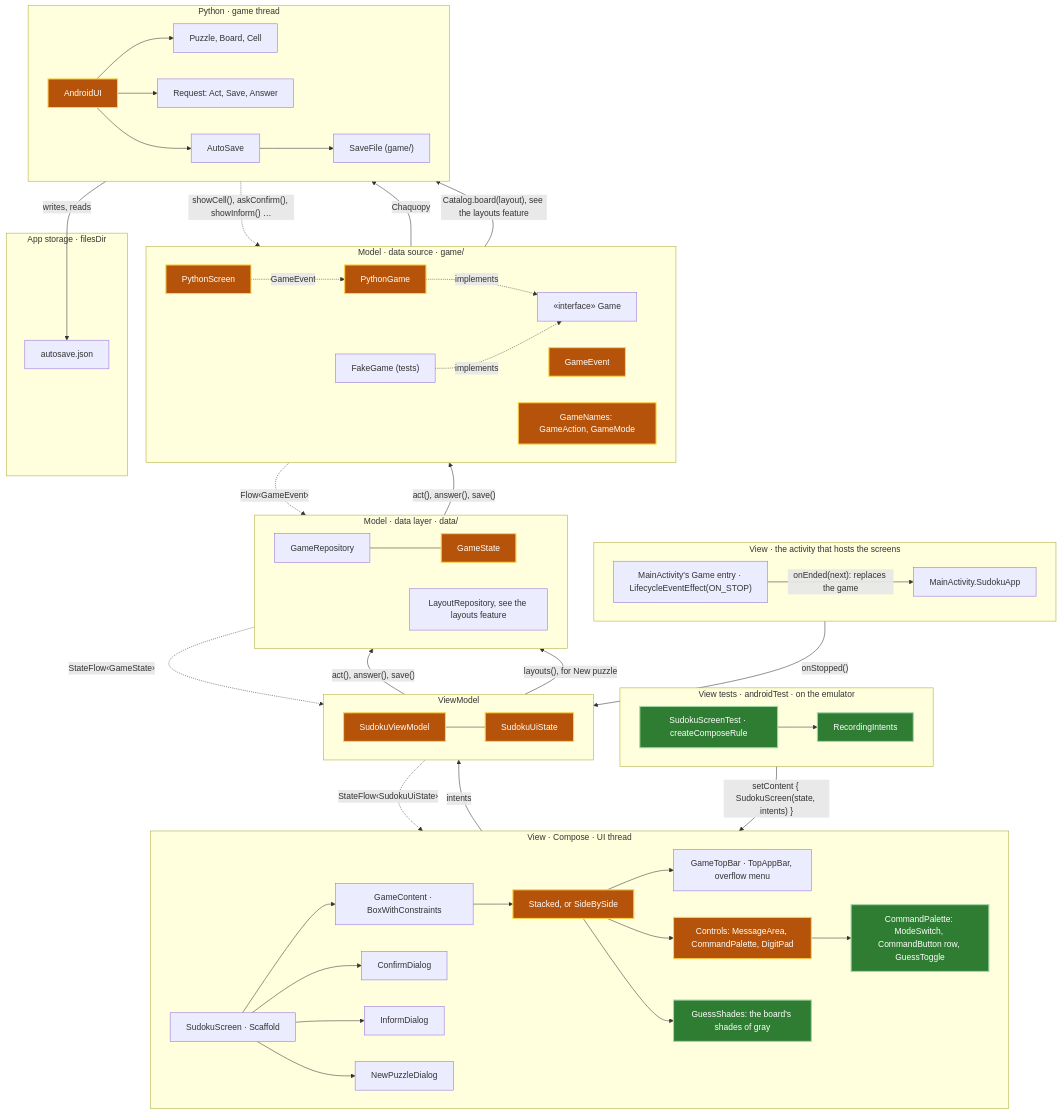
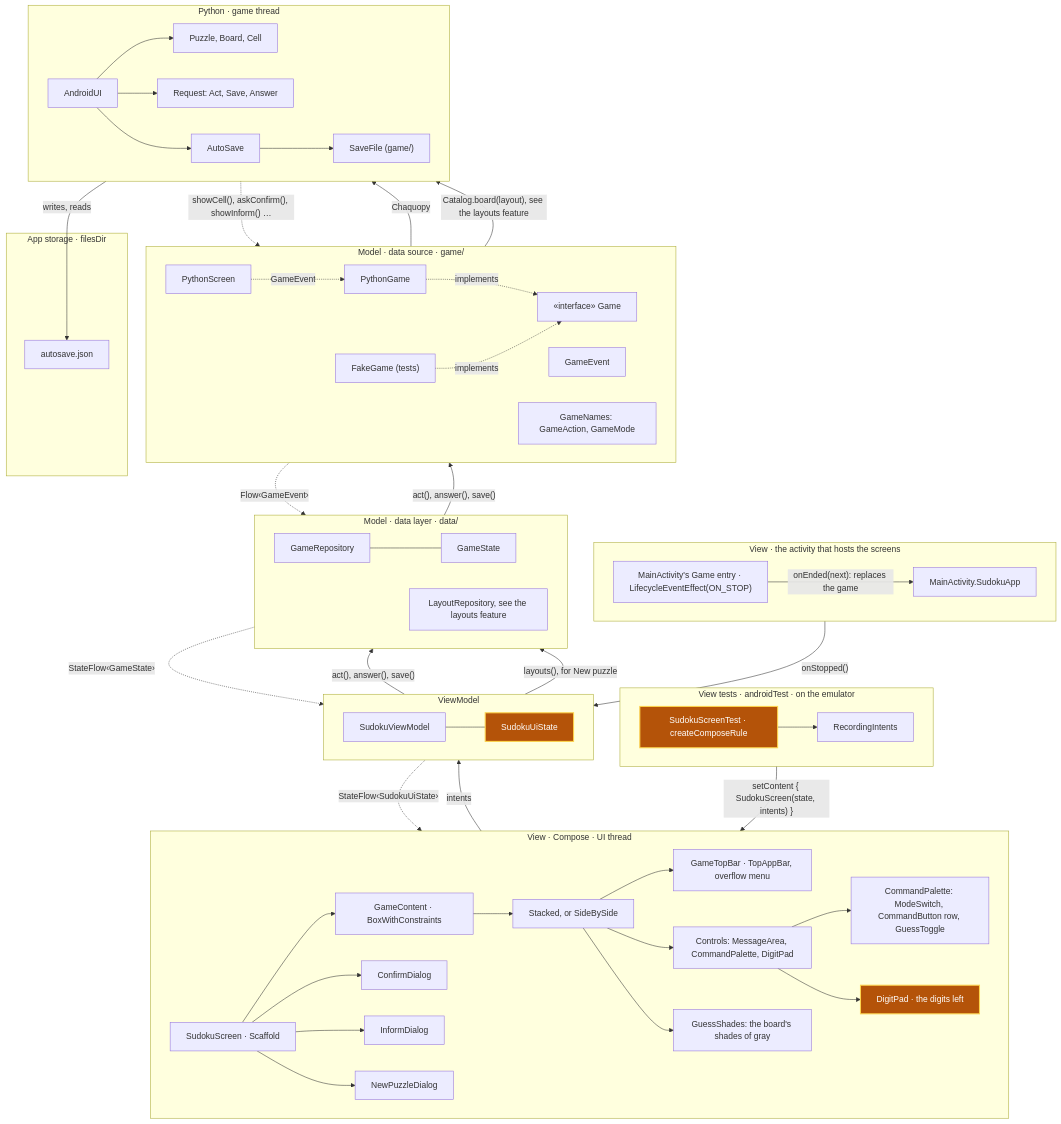
One commit to aivanov61/sudoku-solver changed the fifth of 14 diagrams in android/docs/architecture.md. Above: the diagram before and after it, drawn with Mermaid. The commit also changed other lines of this file and 5 other files, not shown here.

Commit message:
Have the digit pad show how many places each digit has left, derived in SudokuUiState from the cells the game reported, and dim a digit once none are left while keeping it pressable, as phase 9 of MVP 1.

````diff
--- a/android/docs/architecture.md
+++ b/android/docs/architecture.md
@@ -246,79 +241,79 @@
 ```mermaid
 flowchart TB
     subgraph Host["View · the activity that hosts the screens"]
         direction LR
         SudokuApp["MainActivity.SudokuApp"]
         GameEntry["MainActivity's Game entry · LifecycleEventEffect(ON_STOP)"]
     end
 
     subgraph View["View · Compose · UI thread"]
         direction LR
         SudokuScreen["SudokuScreen · Scaffold"] --> GameContent["GameContent · BoxWithConstraints"]
         GameContent --> Board["Stacked, or SideBySide"]
         Board --> GameTopBar["GameTopBar · TopAppBar, overflow menu"]
         Board --> Controls["Controls: MessageArea, CommandPalette, DigitPad"]
         Controls --> CommandPalette["CommandPalette: ModeSwitch, CommandButton row, GuessToggle"]
+        Controls --> DigitPad["DigitPad · the digits left"]
         Board --> GuessShades["GuessShades: the board's shades of gray"]
         SudokuScreen --> ConfirmDialog["ConfirmDialog"]
         SudokuScreen --> InformDialog["InformDialog"]
         SudokuScreen --> NewPuzzleDialog
     end
 
     subgraph ViewTests["View tests · androidTest · on the emulator"]
         direction LR
         SudokuScreenTest["SudokuScreenTest · createComposeRule"] --> RecordingIntents["RecordingIntents"]
     end
 
     subgraph VM["ViewModel"]
         direction LR
         SudokuViewModel --- SudokuUiState
     end
 
     subgraph DataLayer["Model · data layer · data/"]
         direction LR
         GameRepository["GameRepository"] --- GameState
         LayoutRepository["LayoutRepository, see the layouts feature"]
     end
 
     subgraph DataSource["Model · data source · game/"]
         direction LR
         PythonGame["PythonGame"] -. implements .-> Game["«interface» Game"]
         GameEvent
         FakeGame["FakeGame (tests)"] -. implements .-> Game
         PythonScreen
         GameNames["GameNames: GameAction, GameMode"]
     end
 
     subgraph Python["Python · game thread"]
         direction LR
         AndroidUI["AndroidUI"] --> Puzzle["Puzzle, Board, Cell"]
         AndroidUI --> Requests["Request: Act, Save, Answer"]
         AndroidUI --> AutoSave["AutoSave"]
         AutoSave --> SaveFile["SaveFile (game/)"]
     end
 
     subgraph Storage["App storage · filesDir"]
         AutoSaveFile["autosave.json"]
     end
 
     GameEntry -- "onStopped()" --> SudokuViewModel
     GameEntry -- "onEnded(next): replaces the game" --> SudokuApp
     SudokuScreenTest -- "setContent { SudokuScreen(state, intents) }" --> SudokuScreen
     SudokuScreen -- "intents" --> SudokuViewModel
     SudokuViewModel -. "StateFlow‹SudokuUiState›" .-> SudokuScreen
     SudokuViewModel -- "act(), answer(), save()" --> GameRepository
     SudokuViewModel -- "layouts(), for New puzzle" --> LayoutRepository
     GameRepository -. "StateFlow‹GameState›" .-> SudokuViewModel
     GameRepository -- "act(), answer(), save()" --> Game
     Game -. "Flow‹GameEvent›" .-> GameRepository
     PythonGame -- "Chaquopy" --> AndroidUI
     AndroidUI -. "showCell(), askConfirm(), showInform() …" .-> PythonScreen
     PythonScreen -. "GameEvent" .-> PythonGame
     PythonGame -- "Catalog.board(layout), see the layouts feature" --> AndroidUI
     SaveFile -- "writes, reads" --> AutoSaveFile
 
     classDef new fill:#2e7d32,stroke:#a5d6a7,stroke-width:2px,color:#ffffff
     classDef changed fill:#b45309,stroke:#fcd34d,stroke-width:2px,color:#ffffff
-    class CommandPalette,GuessShades,SudokuScreenTest,RecordingIntents new
-    class Board,Controls,SudokuViewModel,SudokuUiState,GameState,GameEvent,PythonScreen,GameNames,PythonGame,AndroidUI changed
+    class DigitPad,SudokuUiState,SudokuScreenTest changed
 ```
````
